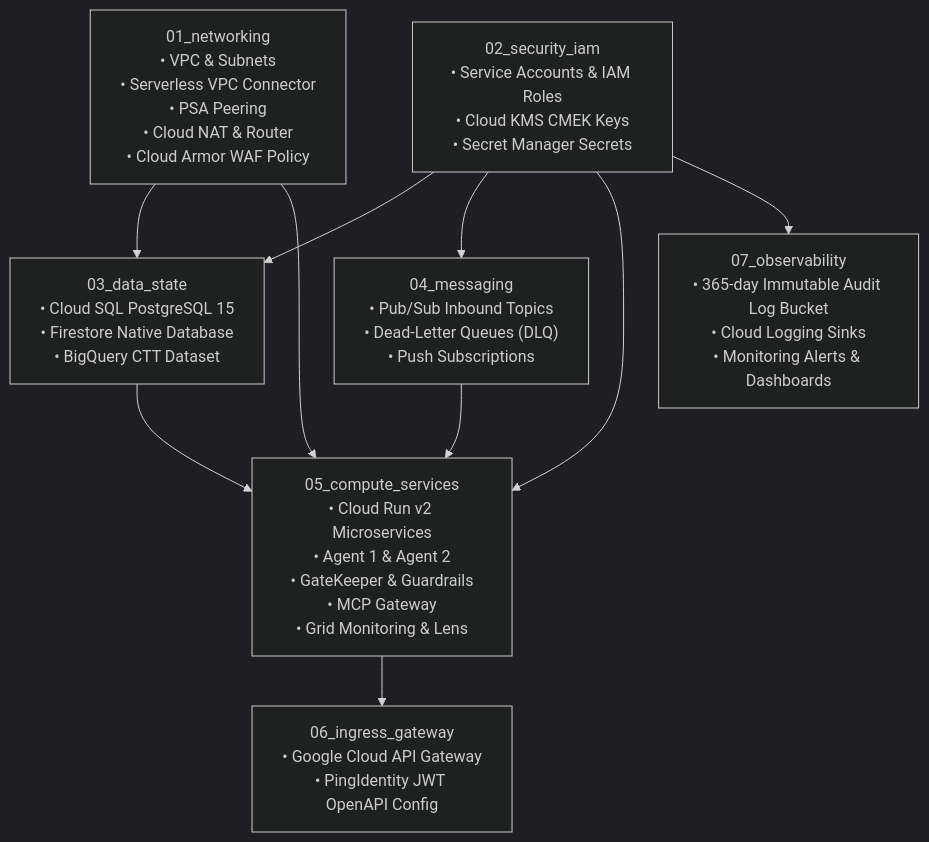
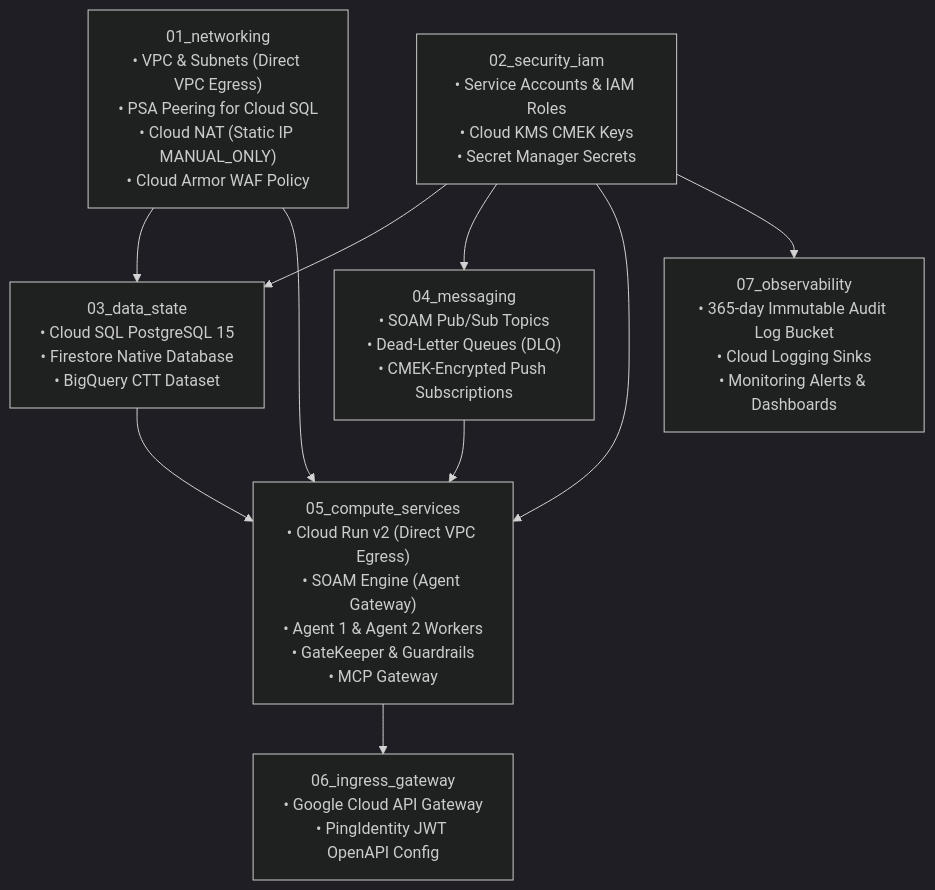
One commit to chaitanya-sharmaa/SOAM changed the diagram in gcp/docs/ARCHITECTURE.md. Above: the diagram before and after it, drawn with Mermaid (dark theme). The commit also changed other lines of this file and 2 other files, not shown here.

Commit message:
docs: add full-detail VPC connectivity diagram (Direct VPC Egress, PSA, PGA, NAT static IP) and complete SOAM architecture section with principles, lifecycle, and multi-agent collaboration flow

````diff
--- a/gcp/docs/ARCHITECTURE.md
+++ b/gcp/docs/ARCHITECTURE.md
@@ -145,20 +287,20 @@
 ```mermaid
 flowchart TD
-    M1["01_networking\n• VPC & Subnets\n• Serverless VPC Connector\n• PSA Peering\n• Cloud NAT & Router\n• Cloud Armor WAF Policy"]
+    M1["01_networking\n• VPC & Subnets (Direct VPC Egress)\n• PSA Peering for Cloud SQL\n• Cloud NAT (Static IP MANUAL_ONLY)\n• Cloud Armor WAF Policy"]
     M2["02_security_iam\n• Service Accounts & IAM Roles\n• Cloud KMS CMEK Keys\n• Secret Manager Secrets"]
     M3["03_data_state\n• Cloud SQL PostgreSQL 15\n• Firestore Native Database\n• BigQuery CTT Dataset"]
-    M4["04_messaging\n• Pub/Sub Inbound Topics\n• Dead-Letter Queues (DLQ)\n• Push Subscriptions"]
-    M5["05_compute_services\n• Cloud Run v2 Microservices\n• Agent 1 & Agent 2\n• GateKeeper & Guardrails\n• MCP Gateway\n• Grid Monitoring & Lens"]
+    M4["04_messaging\n• SOAM Pub/Sub Topics\n• Dead-Letter Queues (DLQ)\n• CMEK-Encrypted Push Subscriptions"]
+    M5["05_compute_services\n• Cloud Run v2 (Direct VPC Egress)\n• SOAM Engine (Agent Gateway)\n• Agent 1 & Agent 2 Workers\n• GateKeeper & Guardrails\n• MCP Gateway"]
     M6["06_ingress_gateway\n• Google Cloud API Gateway\n• PingIdentity JWT OpenAPI Config"]
     M7["07_observability\n• 365-day Immutable Audit Log Bucket\n• Cloud Logging Sinks\n• Monitoring Alerts & Dashboards"]
 
     M1 --> M3
     M2 --> M3
     M2 --> M4
     M1 --> M5
     M2 --> M5
     M3 --> M5
     M4 --> M5
     M5 --> M6
     M2 --> M7
 ```
````
